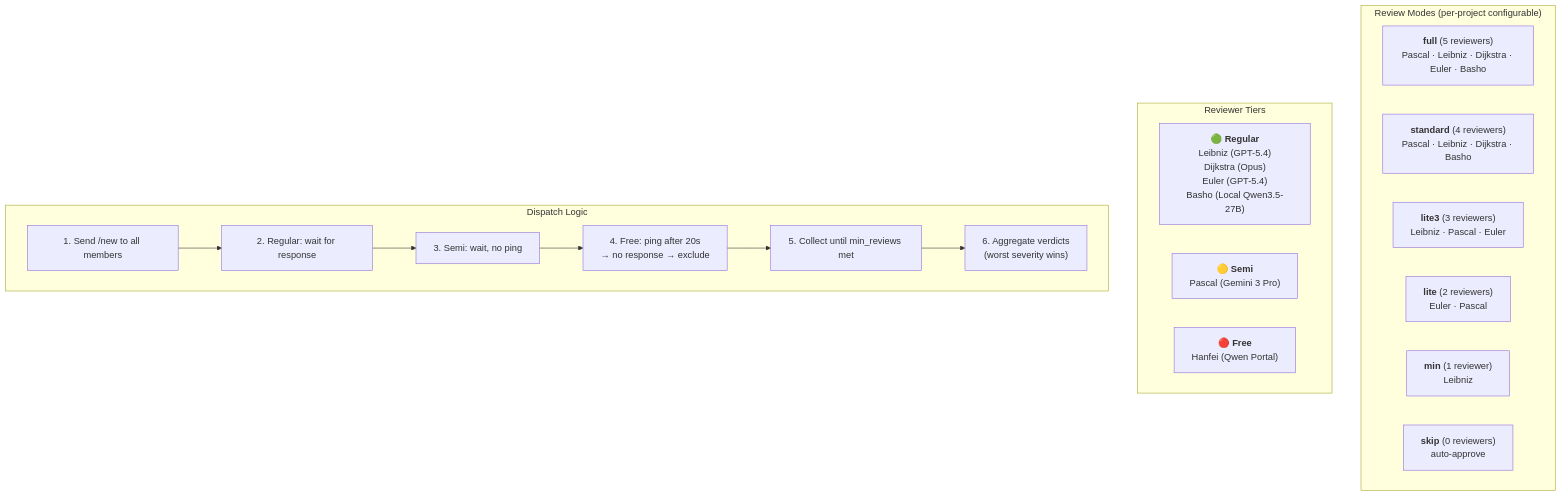
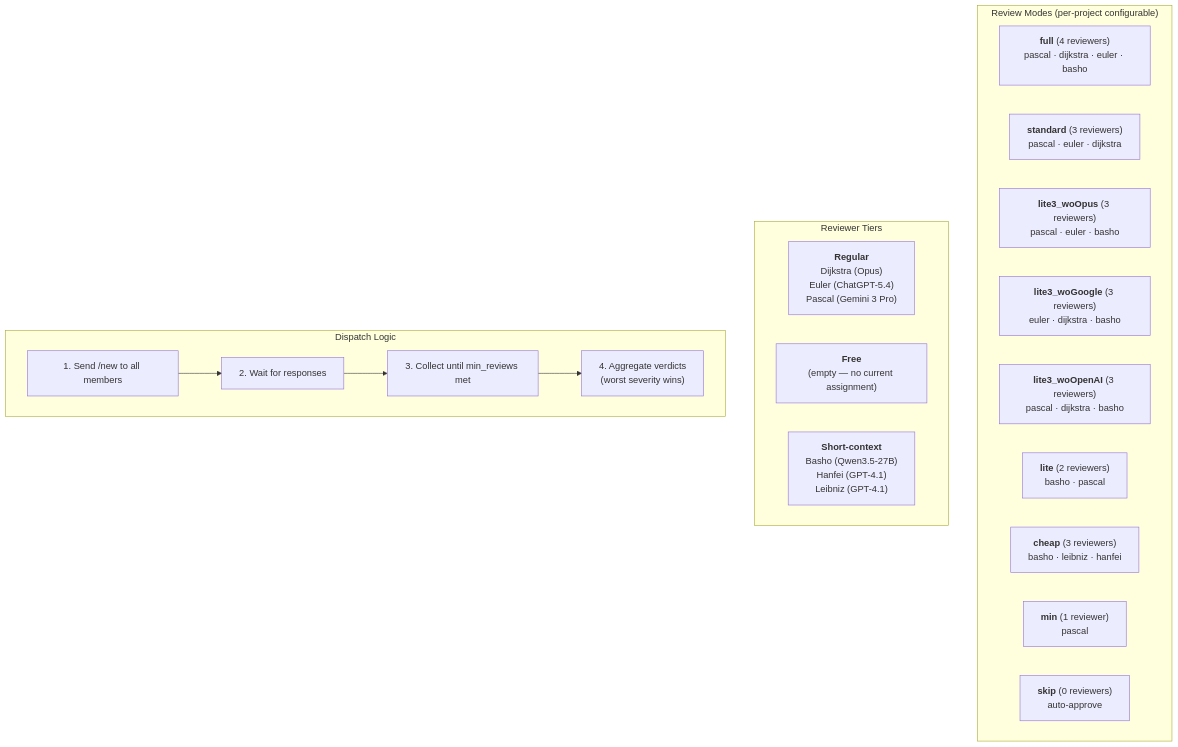
Before and after one commit to atakalive/gokrax: the third of 5 diagrams in docs/architecture.md, drawn with Mermaid. The commit also changed other lines of this file and 2 other files, not shown here.

Commit message:
docs: update spec_ja.md, architecture.md; add spec_mode_spec.md. Closes #153

````diff
--- a/docs/architecture.md
+++ b/docs/architecture.md
@@ -95,28 +126,29 @@
 ```mermaid
 graph TB
     subgraph "Review Modes (per-project configurable)"
-        FULL["<b>full</b> (5 reviewers)<br/>Pascal · Leibniz · Dijkstra · Euler · Basho"]
-        STD["<b>standard</b> (4 reviewers)<br/>Pascal · Leibniz · Dijkstra · Basho"]
-        LITE3["<b>lite3</b> (3 reviewers)<br/>Leibniz · Pascal · Euler"]
-        LITE["<b>lite</b> (2 reviewers)<br/>Euler · Pascal"]
-        MIN["<b>min</b> (1 reviewer)<br/>Leibniz"]
+        FULL["<b>full</b> (4 reviewers)<br/>pascal · dijkstra · euler · basho"]
+        STD["<b>standard</b> (3 reviewers)<br/>pascal · euler · dijkstra"]
+        L3WO["<b>lite3_woOpus</b> (3 reviewers)<br/>pascal · euler · basho"]
+        L3WG["<b>lite3_woGoogle</b> (3 reviewers)<br/>euler · dijkstra · basho"]
+        L3WA["<b>lite3_woOpenAI</b> (3 reviewers)<br/>pascal · dijkstra · basho"]
+        LITE["<b>lite</b> (2 reviewers)<br/>basho · pascal"]
+        CHEAP["<b>cheap</b> (3 reviewers)<br/>basho · leibniz · hanfei"]
+        MIN["<b>min</b> (1 reviewer)<br/>pascal"]
         SKIP["<b>skip</b> (0 reviewers)<br/>auto-approve"]
     end
 
     subgraph "Reviewer Tiers"
-        REG["🟢 <b>Regular</b><br/>Leibniz (GPT-5.4)<br/>Dijkstra (Opus)<br/>Euler (GPT-5.4)<br/>Basho (Local Qwen3.5-27B)"]
-        SEMI["🟡 <b>Semi</b><br/>Pascal (Gemini 3 Pro)"]
-        FREE["🔴 <b>Free</b><br/>Hanfei (Qwen Portal)"]
+        REG["<b>Regular</b><br/>Dijkstra (Opus)<br/>Euler (ChatGPT-5.4)<br/>Pascal (Gemini 3 Pro)"]
+        FREE["<b>Free</b><br/>(empty — no current assignment)"]
+        SHORT["<b>Short-context</b><br/>Basho (Qwen3.5-27B)<br/>Hanfei (GPT-4.1)<br/>Leibniz (GPT-4.1)"]
     end
 
     subgraph "Dispatch Logic"
         D1["1. Send /new to all members"]
-        D2["2. Regular: wait for response"]
-        D3["3. Semi: wait, no ping"]
-        D4["4. Free: ping after 20s<br/>   → no response → exclude"]
-        D5["5. Collect until min_reviews met"]
-        D6["6. Aggregate verdicts<br/>   (worst severity wins)"]
+        D2["2. Wait for responses"]
+        D3["3. Collect until min_reviews met"]
+        D4["4. Aggregate verdicts<br/>   (worst severity wins)"]
     end
 
-    D1 --> D2 --> D3 --> D4 --> D5 --> D6
+    D1 --> D2 --> D3 --> D4
 ```
````
